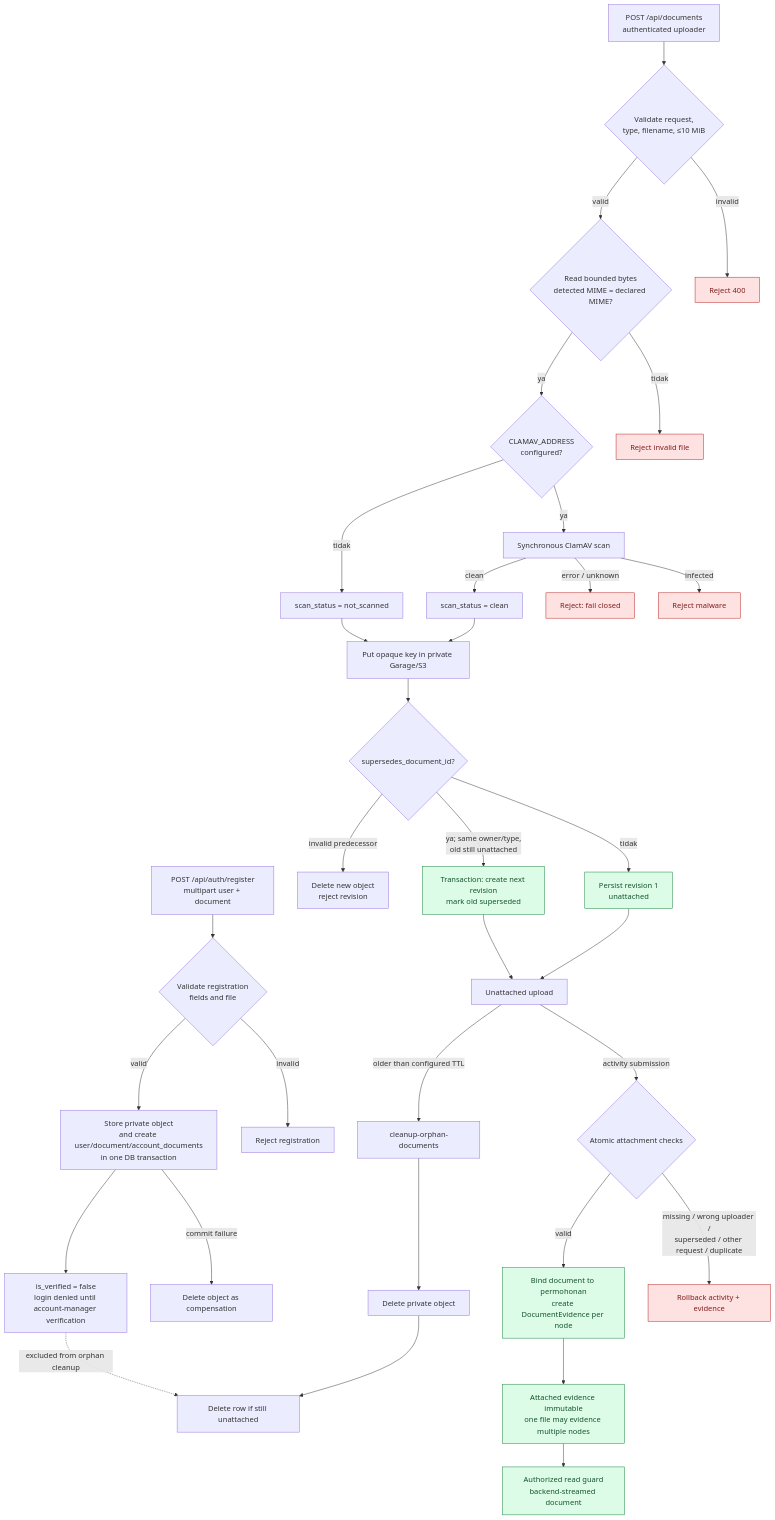
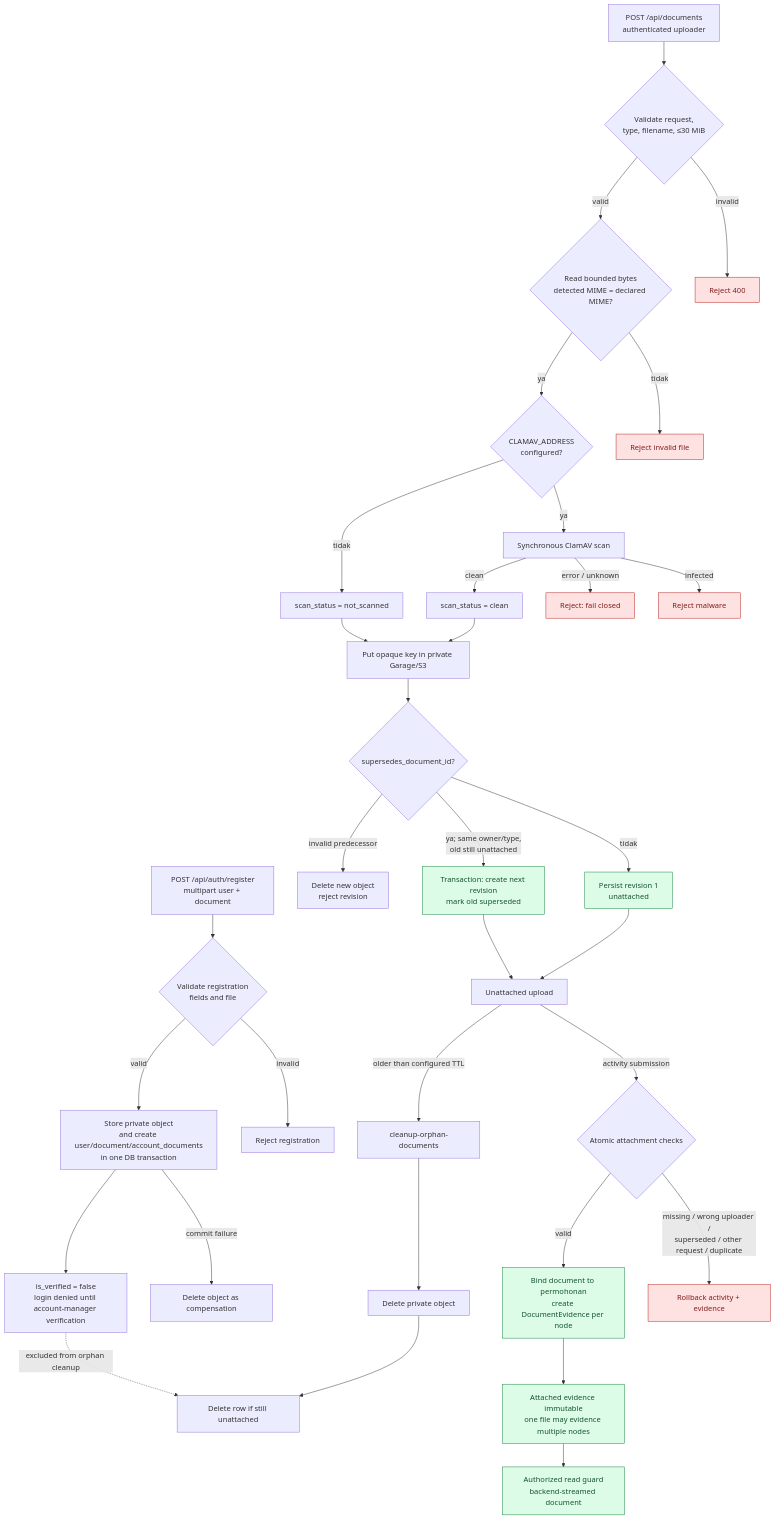
The diagram in docs/architecture/diagrams/09-evidence-lifecycle.md (pln-colabora/colabora-be), drawn with Mermaid before and after one commit. The commit also changed 12 other files, not shown here.

````diff
--- a/docs/architecture/diagrams/09-evidence-lifecycle.md
+++ b/docs/architecture/diagrams/09-evidence-lifecycle.md
@@ -6,39 +6,39 @@
 ```mermaid
 flowchart TD
   register["POST /api/auth/register<br/>multipart user + document"] --> accountvalidate{"Validate registration<br/>fields and file"}
   accountvalidate -->|invalid| accountreject["Reject registration"]
   accountvalidate -->|valid| accountstore["Store private object<br/>and create user/document/account_documents<br/>in one DB transaction"]
   accountstore -->|commit failure| accountcleanup["Delete object as compensation"]
   accountstore --> accountpending["is_verified = false<br/>login denied until account-manager verification"]
-  upload["POST /api/documents<br/>authenticated uploader"] --> validate{"Validate request,<br/>type, filename, ≤10 MiB"}
+  upload["POST /api/documents<br/>authenticated uploader"] --> validate{"Validate request,<br/>type, filename, ≤30 MiB"}
   validate -->|invalid| reject400["Reject 400"]
   validate -->|valid| sniff{"Read bounded bytes<br/>detected MIME = declared MIME?"}
   sniff -->|tidak| rejecttype["Reject invalid file"]
   sniff -->|ya| configured{"CLAMAV_ADDRESS<br/>configured?"}
   configured -->|ya| scan["Synchronous ClamAV scan"]
   configured -->|tidak| notscanned["scan_status = not_scanned"]
   scan -->|infected| malware["Reject malware"]
   scan -->|error / unknown| scanfail["Reject: fail closed"]
   scan -->|clean| clean["scan_status = clean"]
   clean --> object["Put opaque key in private Garage/S3"]
   notscanned --> object
   object --> revision{"supersedes_document_id?"}
   revision -->|tidak| persist["Persist revision 1<br/>unattached"]
   revision -->|ya; same owner/type,<br/>old still unattached| supersede["Transaction: create next revision<br/>mark old superseded"]
   revision -->|invalid predecessor| compensate["Delete new object<br/>reject revision"]
   persist --> unattached["Unattached upload"]
   supersede --> unattached
   unattached -->|activity submission| attach{"Atomic attachment checks"}
   attach -->|missing / wrong uploader /<br/>superseded / other request / duplicate| rollback["Rollback activity + evidence"]
   attach -->|valid| bound["Bind document to permohonan<br/>create DocumentEvidence per node"]
   bound --> immutable["Attached evidence immutable<br/>one file may evidence multiple nodes"]
   immutable --> download["Authorized read guard<br/>backend-streamed document"]
   unattached -->|older than configured TTL| cleanup["cleanup-orphan-documents"]
   cleanup --> deleteobject["Delete private object"] --> deleterow["Delete row if still unattached"]
   accountpending -. excluded from orphan cleanup .-> deleterow
 
   classDef reject fill:#fee2e2,stroke:#b91c1c,color:#7f1d1d
   classDef stored fill:#dcfce7,stroke:#15803d,color:#14532d
   class reject400,rejecttype,malware,scanfail,rollback reject
   class persist,supersede,bound,immutable,download stored
 ```
````
